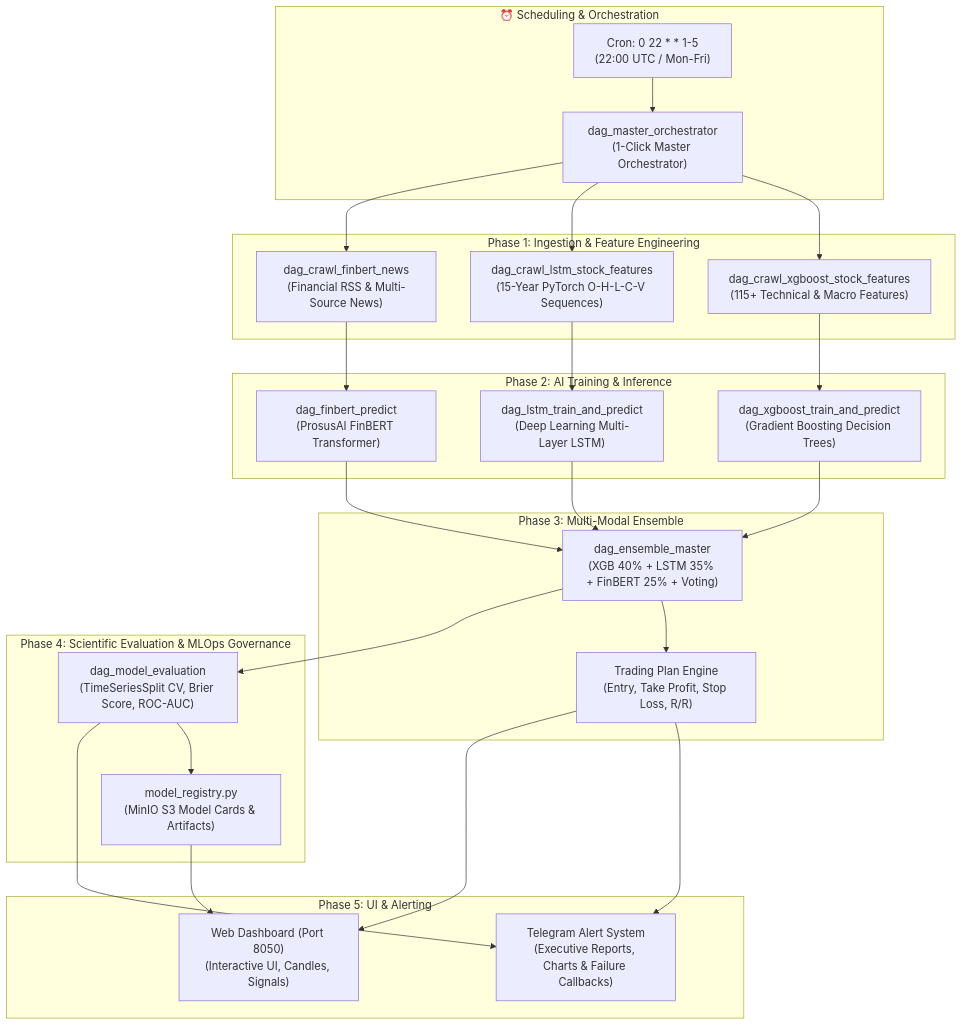
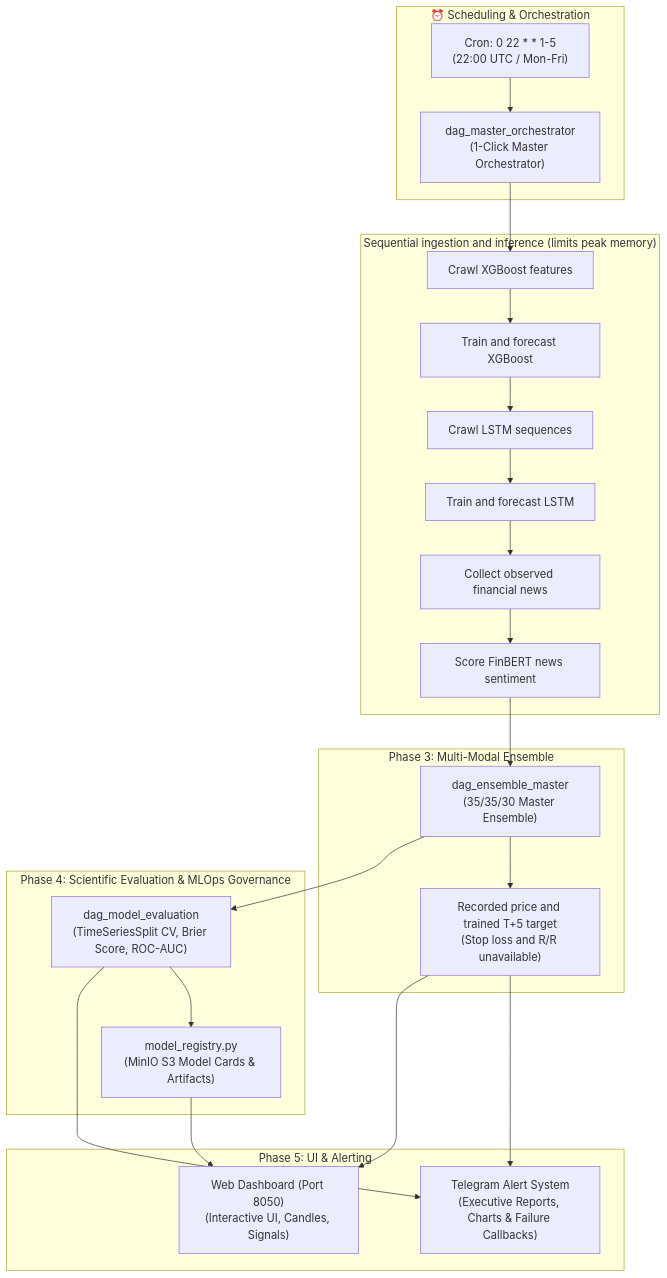
One commit to lehoang0702/airflow-stock changed the diagram in README.md. Above: the diagram before and after it, drawn with Mermaid. The commit also changed other lines of this file and 455 other files, not shown here.

````diff
--- a/README.md
+++ b/README.md
@@ -17,33 +17,30 @@
 ```mermaid
 graph TD
     subgraph Sched["⏰ Scheduling & Orchestration"]
         CRON["Cron: 0 22 * * 1-5<br/>(22:00 UTC / Mon-Fri)"] --> ORCH["dag_master_orchestrator<br/>(1-Click Master Orchestrator)"]
     end
 
-    subgraph Phase1["Phase 1: Ingestion & Feature Engineering"]
-        ORCH --> P1_XGB["dag_crawl_xgboost_stock_features<br/>(115+ Technical & Macro Features)"]
-        ORCH --> P1_LSTM["dag_crawl_lstm_stock_features<br/>(15-Year PyTorch O-H-L-C-V Sequences)"]
-        ORCH --> P1_FIN["dag_crawl_finbert_news<br/>(Financial RSS & Multi-Source News)"]
-    end
-
-    subgraph Phase2["Phase 2: AI Training & Inference"]
-        P1_XGB --> P2_XGB["dag_xgboost_train_and_predict<br/>(Gradient Boosting Decision Trees)"]
-        P1_LSTM --> P2_LSTM["dag_lstm_train_and_predict<br/>(Deep Learning Multi-Layer LSTM)"]
-        P1_FIN --> P2_FIN["dag_finbert_predict<br/>(ProsusAI FinBERT Transformer)"]
+    subgraph Branches["Sequential ingestion and inference (limits peak memory)"]
+        ORCH --> P1_XGB["Crawl XGBoost features"]
+        P1_XGB --> P2_XGB["Train and forecast XGBoost"]
+        P2_XGB --> P1_LSTM["Crawl LSTM sequences"]
+        P1_LSTM --> P2_LSTM["Train and forecast LSTM"]
+        P2_LSTM --> P1_FIN["Collect observed financial news"]
+        P1_FIN --> P2_FIN["Score FinBERT news sentiment"]
     end
 
     subgraph Phase3["Phase 3: Multi-Modal Ensemble"]
-        P2_XGB & P2_LSTM & P2_FIN --> P3_ENS["dag_ensemble_master<br/>(XGB 40% + LSTM 35% + FinBERT 25% + Voting)"]
-        P3_ENS --> PLAN["Trading Plan Engine<br/>(Entry, Take Profit, Stop Loss, R/R)"]
+        P2_FIN --> P3_ENS["dag_ensemble_master<br/>(35/35/30 Master Ensemble)"]
+        P3_ENS --> PLAN["Recorded price and trained T+5 target<br/>(Stop loss and R/R unavailable)"]
     end
 
     subgraph Phase4["Phase 4: Scientific Evaluation & MLOps Governance"]
         P3_ENS --> P4_EVAL["dag_model_evaluation<br/>(TimeSeriesSplit CV, Brier Score, ROC-AUC)"]
         P4_EVAL --> REG["model_registry.py<br/>(MinIO S3 Model Cards & Artifacts)"]
     end
 
     subgraph Phase5["Phase 5: UI & Alerting"]
         PLAN & P4_EVAL --> TG["Telegram Alert System<br/>(Executive Reports, Charts & Failure Callbacks)"]
         PLAN & REG --> DASH["Web Dashboard (Port 8050)<br/>(Interactive UI, Candles, Signals)"]
     end
 ```
````
